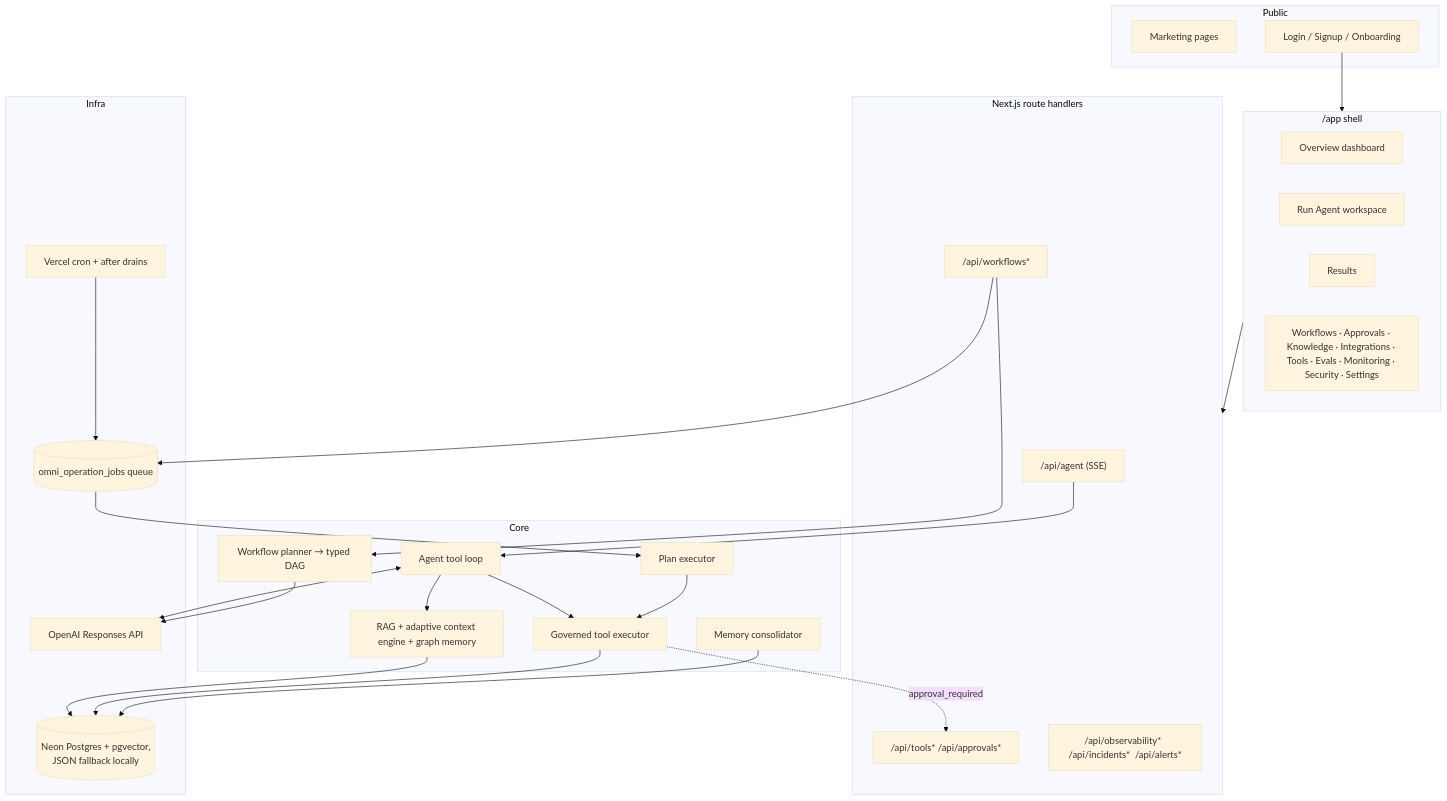
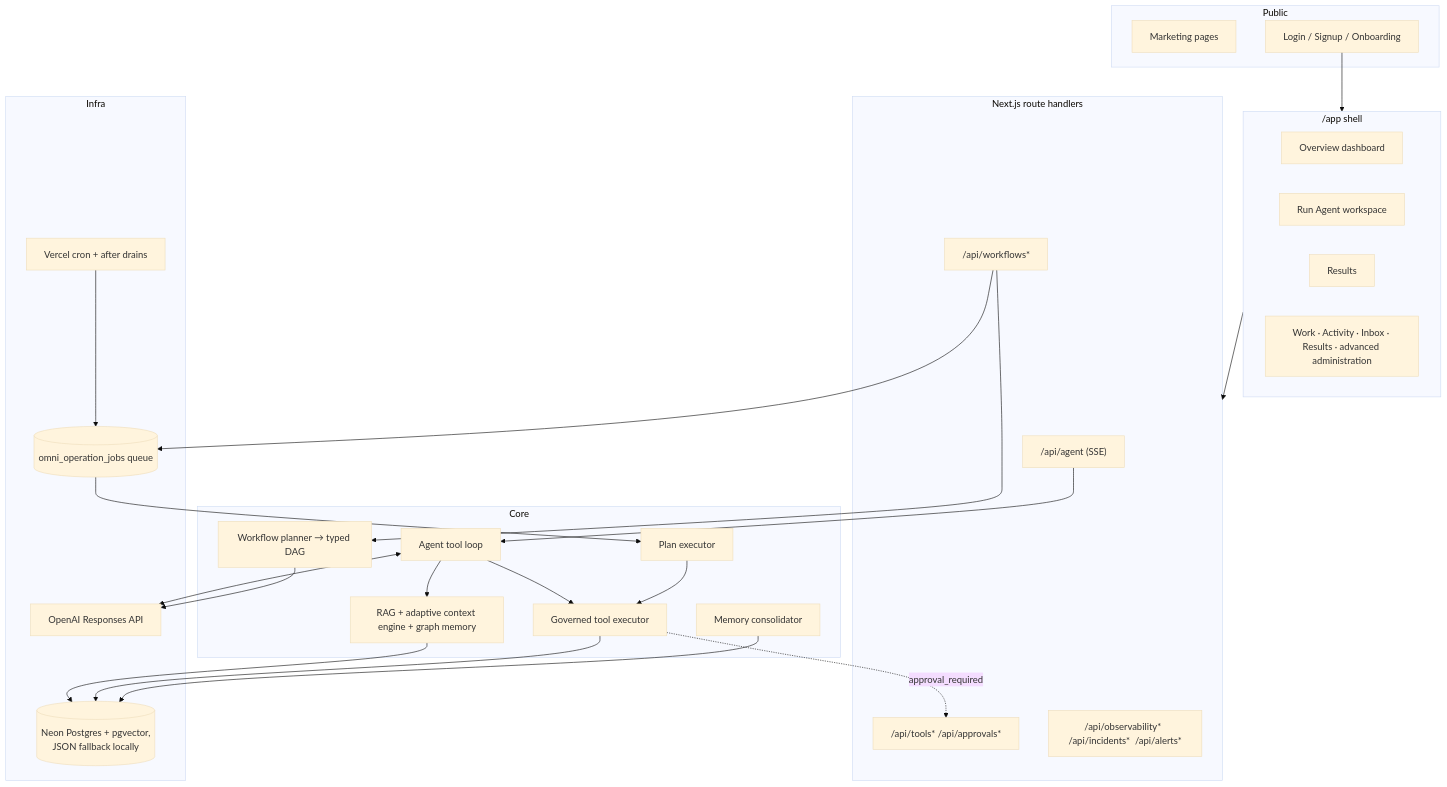
One commit to benniejoseph/OmniAgentOS changed the first of 2 diagrams in docs/architecture.md. Above: the diagram before and after it, drawn with Mermaid (base theme). The commit also changed other lines of this file and 228 other files, not shown here.

````diff
--- a/docs/architecture.md
+++ b/docs/architecture.md
@@ -5,50 +5,50 @@
 ```mermaid
 flowchart TD
   subgraph Public
     MKT[Marketing pages]
     AUTH[Login / Signup / Onboarding]
   end
 
   subgraph App["/app shell"]
     DASH[Overview dashboard]
     RUN[Run Agent workspace]
     RES[Results]
-    CONSOLES[Workflows · Approvals · Knowledge · Integrations · Tools · Evals · Monitoring · Security · Settings]
+    CONSOLES[Work · Activity · Inbox · Results · advanced administration]
   end
 
   subgraph API["Next.js route handlers"]
     AG["/api/agent (SSE)"]
     WF["/api/workflows*"]
     TOOLS["/api/tools*  /api/approvals*"]
     OBS["/api/observability*  /api/incidents*  /api/alerts*"]
   end
 
   subgraph Core
     LOOP[Agent tool loop]
     PLANNER[Workflow planner → typed DAG]
     EXEC[Plan executor]
     GOV[Governed tool executor]
     RAGL[RAG + adaptive context engine + graph memory]
     MEMC[Memory consolidator]
   end
 
   subgraph Infra
     PG[(Neon Postgres + pgvector,
 JSON fallback locally)]
     QUEUE[(omni_operation_jobs queue)]
     CRON[Vercel cron + after drains]
     OAI[OpenAI Responses API]
   end
 
   AUTH --> App --> API
   AG --> LOOP
   LOOP --> RAGL --> PG
   LOOP <--> OAI
   LOOP --> GOV
   WF --> PLANNER --> OAI
   WF --> QUEUE --> EXEC --> GOV
   GOV --> PG
   GOV -. approval_required .-> TOOLS
   MEMC --> PG
   CRON --> QUEUE
 ```
````
